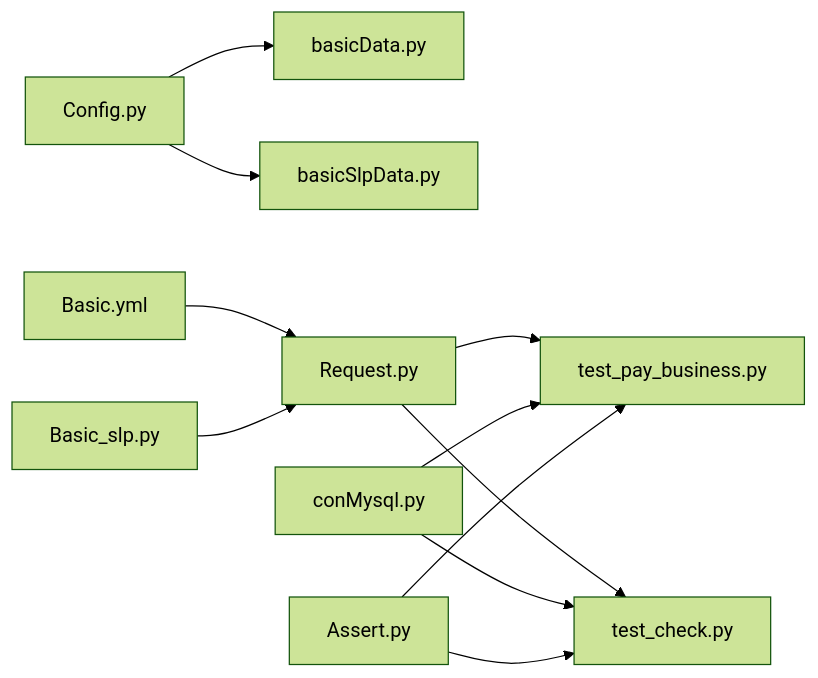
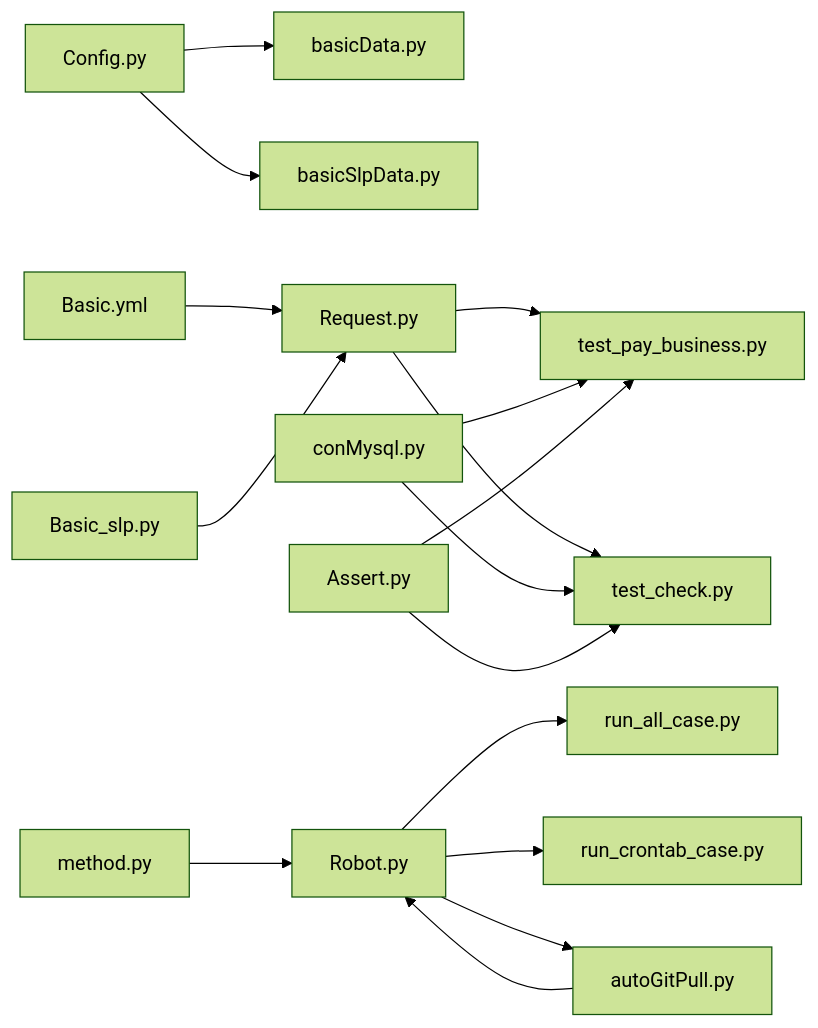
Before and after one commit to liximing1-ola/qa-payTest: the sixth of 6 diagrams in .qoder/repowiki/zh/content/核心模块/工具方法模块.md, drawn with Mermaid (forest theme). The commit also changed other lines of this file and 14 other files, not shown here.

````diff
--- a/.qoder/repowiki/zh/content/核心模块/工具方法模块.md
+++ b/.qoder/repowiki/zh/content/核心模块/工具方法模块.md
@@ -396,13 +513,18 @@
 ```mermaid
 graph LR
 CFG["Config.py"] --> BD["basicData.py"]
 CFG --> BSD["basicSlpData.py"]
 BYML["Basic.yml"] --> REQ["Request.py"]
 BSLP["Basic_slp.py"] --> REQ
 REQ --> TPB["test_pay_business.py"]
 REQ --> TSC["test_check.py"]
 CM["conMysql.py"] --> TPB
 CM --> TSC
 AS["Assert.py"] --> TPB
 AS --> TSC
+R["Robot.py"] --> RUNALL["run_all_case.py"]
+R --> RUNCRON["run_crontab_case.py"]
+R --> AGP["autoGitPull.py"]
+METH["method.py"] --> R
+AGP --> R
 ```
````
